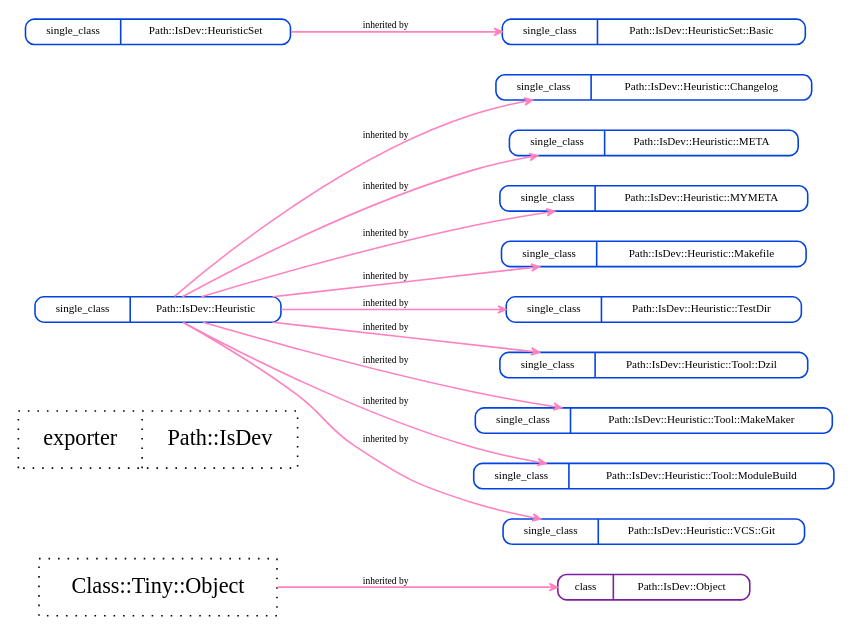
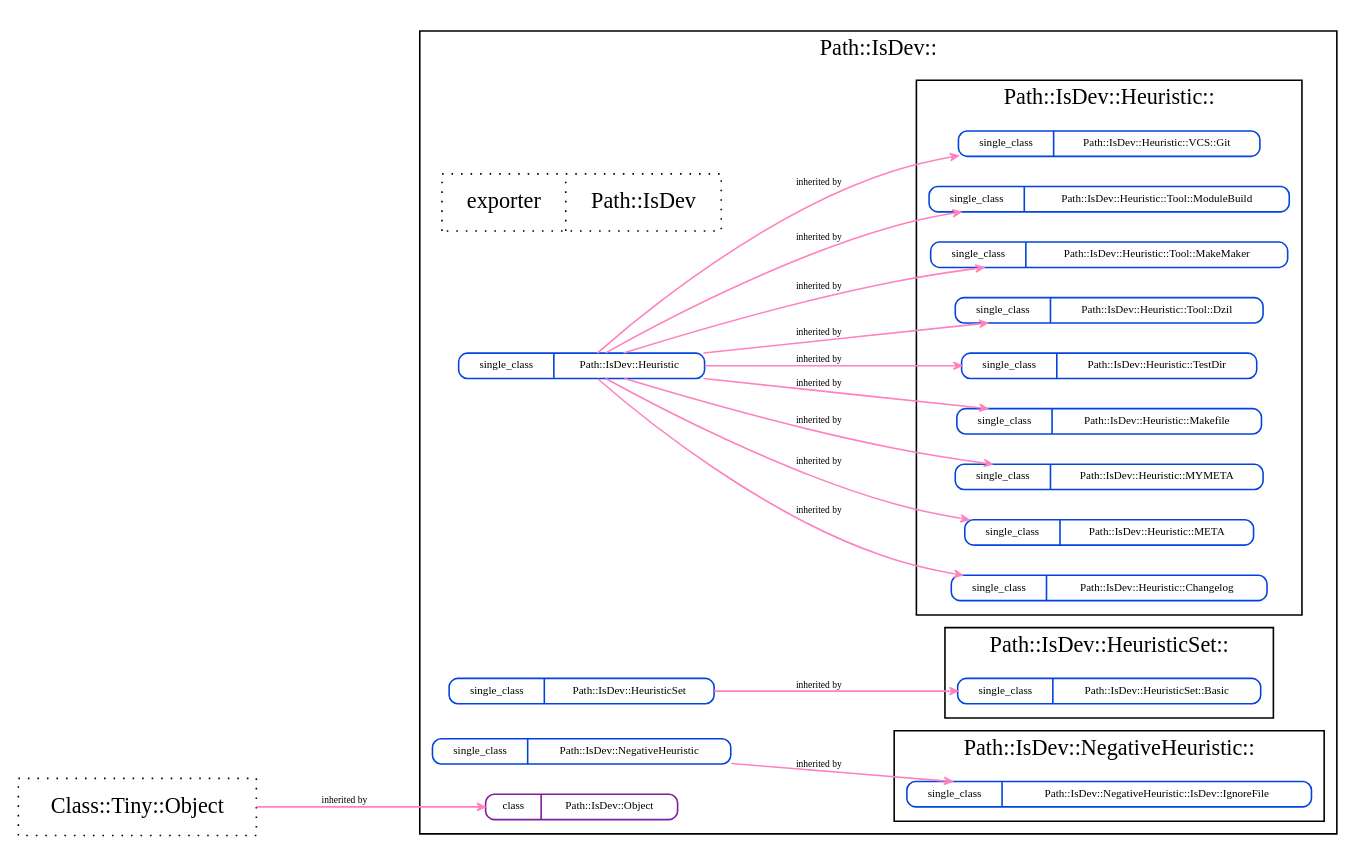
One commit to gitpan/Path-IsDev changed the diagram in layout/self_structure.dot. Above: the diagram before and after it, drawn with Graphviz. The commit also changed 25 other files, not shown here.

First line of the commit message:
Import of KENTNL/Path-IsDev-0.4.0 from CPAN.

```diff
--- a/layout/self_structure.dot
+++ b/layout/self_structure.dot
@@ -1,31 +1,47 @@
 strict digraph Perl {
 	graph [compound=1, concentrate=1, overlap=false, rankdir=LR, ranksep=1, smoothing=triangle, splines=spline];
 	node [label="\N", shape=record, style=dotted];
 	edge [minlen=1];
+	subgraph cluster_1 {
+		graph [label="Path::IsDev::",
+			rank=max];
+		subgraph cluster_2 {
+			graph [label="Path::IsDev::Heuristic::"];
+			"Path::IsDev::Heuristic::Changelog" [label="{{<port1> single_class}|<port2> Path::IsDev::Heuristic::Changelog}", shape=Mrecord, style=solid, color="#0343df", fontsize=7, height="0.1"];
+			"Path::IsDev::Heuristic::META" [label="{{<port1> single_class}|<port2> Path::IsDev::Heuristic::META}", shape=Mrecord, style=solid, color="#0343df", fontsize=7, height="0.1"];
+			"Path::IsDev::Heuristic::MYMETA" [label="{{<port1> single_class}|<port2> Path::IsDev::Heuristic::MYMETA}", shape=Mrecord, style=solid, color="#0343df", fontsize=7, height="0.1"];
+			"Path::IsDev::Heuristic::Makefile" [label="{{<port1> single_class}|<port2> Path::IsDev::Heuristic::Makefile}", shape=Mrecord, style=solid, color="#0343df", fontsize=7, height="0.1"];
+			"Path::IsDev::Heuristic::TestDir" [label="{{<port1> single_class}|<port2> Path::IsDev::Heuristic::TestDir}", shape=Mrecord, style=solid, color="#0343df", fontsize=7, height="0.1"];
+			"Path::IsDev::Heuristic::Tool::Dzil" [label="{{<port1> single_class}|<port2> Path::IsDev::Heuristic::Tool::Dzil}", shape=Mrecord, style=solid, color="#0343df", fontsize=7, height="0.1"];
+			"Path::IsDev::Heuristic::Tool::MakeMaker" [label="{{<port1> single_class}|<port2> Path::IsDev::Heuristic::Tool::MakeMaker}", shape=Mrecord, style=solid, color="#0343df", fontsize=7, height="0.1"];
+			"Path::IsDev::Heuristic::Tool::ModuleBuild" [label="{{<port1> single_class}|<port2> Path::IsDev::Heuristic::Tool::ModuleBuild}", shape=Mrecord, style=solid, color="#0343df", fontsize=7, height="0.1"];
+			"Path::IsDev::Heuristic::VCS::Git" [label="{{<port1> single_class}|<port2> Path::IsDev::Heuristic::VCS::Git}", shape=Mrecord, style=solid, color="#0343df", fontsize=7, height="0.1"];
+		}
+		subgraph cluster_3 {
+			graph [label="Path::IsDev::HeuristicSet::"];
+			"Path::IsDev::HeuristicSet::Basic" [label="{{<port1> single_class}|<port2> Path::IsDev::HeuristicSet::Basic}", shape=Mrecord, style=solid, color="#0343df", fontsize=7, height="0.1"];
+		}
+		subgraph cluster_4 {
+			graph [label="Path::IsDev::NegativeHeuristic::"];
+			"Path::IsDev::NegativeHeuristic::IsDev::IgnoreFile" [label="{{<port1> single_class}|<port2> Path::IsDev::NegativeHeuristic::IsDev::IgnoreFile}", shape=Mrecord, style=solid, color="#0343df", fontsize=7, height="0.1"];
+		}
+		"Path::IsDev" [label="{{<port1> exporter}|<port2> Path::IsDev}"];
+		"Path::IsDev::Heuristic" [label="{{<port1> single_class}|<port2> Path::IsDev::Heuristic}", shape=Mrecord, style=solid, color="#0343df", fontsize=7, height="0.1"];
+		"Path::IsDev::HeuristicSet" [label="{{<port1> single_class}|<port2> Path::IsDev::HeuristicSet}", shape=Mrecord, style=solid, color="#0343df", fontsize=7, height="0.1"];
+		"Path::IsDev::NegativeHeuristic" [label="{{<port1> single_class}|<port2> Path::IsDev::NegativeHeuristic}", shape=Mrecord, style=solid, color="#0343df", fontsize=7, height="0.1"];
+		"Path::IsDev::Object" [label="{{<port1> class}|<port2> Path::IsDev::Object}", shape=Mrecord, style=solid, color="#7e1e9c", fontsize=7, height="0.1"];
+		"Path::IsDev::Heuristic" -> "Path::IsDev::Heuristic::Changelog" [arrowhead=open, arrowsize="0.5", color="#ff81c0", dir=forward, fontsize=6, headclip=1, label="inherited by", samehead=head, tailclip=1, weight=10];
+		"Path::IsDev::Heuristic" -> "Path::IsDev::Heuristic::TestDir" [arrowhead=open, arrowsize="0.5", color="#ff81c0", dir=forward, fontsize=6, headclip=1, label="inherited by", samehead=head, tailclip=1, weight=10];
+		"Path::IsDev::Heuristic" -> "Path::IsDev::Heuristic::META" [arrowhead=open, arrowsize="0.5", color="#ff81c0", dir=forward, fontsize=6, headclip=1, label="inherited by", samehead=head, tailclip=1, weight=10];
+		"Path::IsDev::Heuristic" -> "Path::IsDev::Heuristic::MYMETA" [arrowhead=open, arrowsize="0.5", color="#ff81c0", dir=forward, fontsize=6, headclip=1, label="inherited by", samehead=head, tailclip=1, weight=10];
+		"Path::IsDev::Heuristic" -> "Path::IsDev::Heuristic::Makefile" [arrowhead=open, arrowsize="0.5", color="#ff81c0", dir=forward, fontsize=6, headclip=1, label="inherited by", samehead=head, tailclip=1, weight=10];
+		"Path::IsDev::HeuristicSet" -> "Path::IsDev::HeuristicSet::Basic" [arrowhead=open, arrowsize="0.5", color="#ff81c0", dir=forward, fontsize=6, headclip=1, label="inherited by", samehead=head, tailclip=1, weight=10];
+		"Path::IsDev::Heuristic" -> "Path::IsDev::Heuristic::Tool::Dzil" [arrowhead=open, arrowsize="0.5", color="#ff81c0", dir=forward, fontsize=6, headclip=1, label="inherited by", samehead=head, tailclip=1, weight=10];
+		"Path::IsDev::Heuristic" -> "Path::IsDev::Heuristic::Tool::MakeMaker" [arrowhead=open, arrowsize="0.5", color="#ff81c0", dir=forward, fontsize=6, headclip=1, label="inherited by", samehead=head, tailclip=1, weight=10];
+		"Path::IsDev::Heuristic" -> "Path::IsDev::Heuristic::Tool::ModuleBuild" [arrowhead=open, arrowsize="0.5", color="#ff81c0", dir=forward, fontsize=6, headclip=1, label="inherited by", samehead=head, tailclip=1, weight=10];
+		"Path::IsDev::Heuristic" -> "Path::IsDev::Heuristic::VCS::Git" [arrowhead=open, arrowsize="0.5", color="#ff81c0", dir=forward, fontsize=6, headclip=1, label="inherited by", samehead=head, tailclip=1, weight=10];
+		"Path::IsDev::NegativeHeuristic" -> "Path::IsDev::NegativeHeuristic::IsDev::IgnoreFile" [arrowhead=open, arrowsize="0.5", color="#ff81c0", dir=forward, fontsize=6, headclip=1, label="inherited by", samehead=head, tailclip=1, weight=10];
+	}
 	"Class::Tiny::Object" [label="<port1> Class::Tiny::Object"];
-	"Path::IsDev" [label="{{<port1> exporter}|<port2> Path::IsDev}"];
-	"Path::IsDev::Heuristic" [label="{{<port1> single_class}|<port2> Path::IsDev::Heuristic}", shape=Mrecord, style=solid, color="#0343df", fontsize=7, height="0.1"];
-	"Path::IsDev::Heuristic::Changelog" [label="{{<port1> single_class}|<port2> Path::IsDev::Heuristic::Changelog}", shape=Mrecord, style=solid, color="#0343df", fontsize=7, height="0.1"];
-	"Path::IsDev::Heuristic::META" [label="{{<port1> single_class}|<port2> Path::IsDev::Heuristic::META}", shape=Mrecord, style=solid, color="#0343df", fontsize=7, height="0.1"];
-	"Path::IsDev::Heuristic::MYMETA" [label="{{<port1> single_class}|<port2> Path::IsDev::Heuristic::MYMETA}", shape=Mrecord, style=solid, color="#0343df", fontsize=7, height="0.1"];
-	"Path::IsDev::Heuristic::Makefile" [label="{{<port1> single_class}|<port2> Path::IsDev::Heuristic::Makefile}", shape=Mrecord, style=solid, color="#0343df", fontsize=7, height="0.1"];
-	"Path::IsDev::Heuristic::TestDir" [label="{{<port1> single_class}|<port2> Path::IsDev::Heuristic::TestDir}", shape=Mrecord, style=solid, color="#0343df", fontsize=7, height="0.1"];
-	"Path::IsDev::Heuristic::Tool::Dzil" [label="{{<port1> single_class}|<port2> Path::IsDev::Heuristic::Tool::Dzil}", shape=Mrecord, style=solid, color="#0343df", fontsize=7, height="0.1"];
-	"Path::IsDev::Heuristic::Tool::MakeMaker" [label="{{<port1> single_class}|<port2> Path::IsDev::Heuristic::Tool::MakeMaker}", shape=Mrecord, style=solid, color="#0343df", fontsize=7, height="0.1"];
-	"Path::IsDev::Heuristic::Tool::ModuleBuild" [label="{{<port1> single_class}|<port2> Path::IsDev::Heuristic::Tool::ModuleBuild}", shape=Mrecord, style=solid, color="#0343df", fontsize=7, height="0.1"];
-	"Path::IsDev::Heuristic::VCS::Git" [label="{{<port1> single_class}|<port2> Path::IsDev::Heuristic::VCS::Git}", shape=Mrecord, style=solid, color="#0343df", fontsize=7, height="0.1"];
-	"Path::IsDev::HeuristicSet" [label="{{<port1> single_class}|<port2> Path::IsDev::HeuristicSet}", shape=Mrecord, style=solid, color="#0343df", fontsize=7, height="0.1"];
-	"Path::IsDev::HeuristicSet::Basic" [label="{{<port1> single_class}|<port2> Path::IsDev::HeuristicSet::Basic}", shape=Mrecord, style=solid, color="#0343df", fontsize=7, height="0.1"];
-	"Path::IsDev::Object" [label="{{<port1> class}|<port2> Path::IsDev::Object}", shape=Mrecord, style=solid, color="#7e1e9c", fontsize=7, height="0.1"];
 	"Class::Tiny::Object" -> "Path::IsDev::Object" [arrowhead=open, arrowsize="0.5", color="#ff81c0", dir=forward, fontsize=6, headclip=1, label="inherited by", samehead=head, tailclip=1, weight=10];
-	"Path::IsDev::Heuristic" -> "Path::IsDev::Heuristic::Changelog" [arrowhead=open, arrowsize="0.5", color="#ff81c0", dir=forward, fontsize=6, headclip=1, label="inherited by", samehead=head, tailclip=1, weight=10];
-	"Path::IsDev::Heuristic" -> "Path::IsDev::Heuristic::TestDir" [arrowhead=open, arrowsize="0.5", color="#ff81c0", dir=forward, fontsize=6, headclip=1, label="inherited by", samehead=head, tailclip=1, weight=10];
-	"Path::IsDev::Heuristic" -> "Path::IsDev::Heuristic::META" [arrowhead=open, arrowsize="0.5", color="#ff81c0", dir=forward, fontsize=6, headclip=1, label="inherited by", samehead=head, tailclip=1, weight=10];
-	"Path::IsDev::Heuristic" -> "Path::IsDev::Heuristic::MYMETA" [arrowhead=open, arrowsize="0.5", color="#ff81c0", dir=forward, fontsize=6, headclip=1, label="inherited by", samehead=head, tailclip=1, weight=10];
-	"Path::IsDev::Heuristic" -> "Path::IsDev::Heuristic::Makefile" [arrowhead=open, arrowsize="0.5", color="#ff81c0", dir=forward, fontsize=6, headclip=1, label="inherited by", samehead=head, tailclip=1, weight=10];
-	"Path::IsDev::HeuristicSet" -> "Path::IsDev::HeuristicSet::Basic" [arrowhead=open, arrowsize="0.5", color="#ff81c0", dir=forward, fontsize=6, headclip=1, label="inherited by", samehead=head, tailclip=1, weight=10];
-	"Path::IsDev::Heuristic" -> "Path::IsDev::Heuristic::Tool::Dzil" [arrowhead=open, arrowsize="0.5", color="#ff81c0", dir=forward, fontsize=6, headclip=1, label="inherited by", samehead=head, tailclip=1, weight=10];
-	"Path::IsDev::Heuristic" -> "Path::IsDev::Heuristic::Tool::MakeMaker" [arrowhead=open, arrowsize="0.5", color="#ff81c0", dir=forward, fontsize=6, headclip=1, label="inherited by", samehead=head, tailclip=1, weight=10];
-	"Path::IsDev::Heuristic" -> "Path::IsDev::Heuristic::Tool::ModuleBuild" [arrowhead=open, arrowsize="0.5", color="#ff81c0", dir=forward, fontsize=6, headclip=1, label="inherited by", samehead=head, tailclip=1, weight=10];
-	"Path::IsDev::Heuristic" -> "Path::IsDev::Heuristic::VCS::Git" [arrowhead=open, arrowsize="0.5", color="#ff81c0", dir=forward, fontsize=6, headclip=1, label="inherited by", samehead=head, tailclip=1, weight=10];
 }
```
